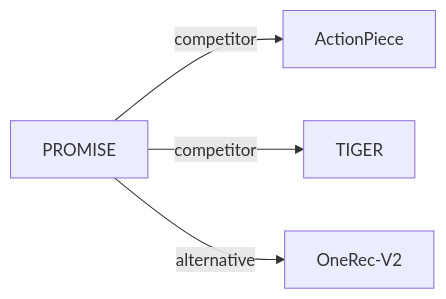
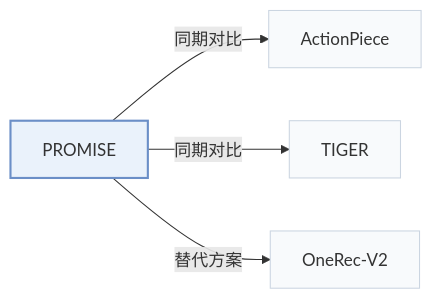
The second of 2 diagrams in pages/zh/papers/promise.md (Galaxy-ghost/Awesome-SID-Generative-Rec), drawn with Mermaid before and after one commit. The commit also changed other lines of this file and 649 other files, not shown here.

Commit message:
writer-05: also tags and modality index (schema, check, build, visuals); summary field removed; calibration data for 12 papers

````diff
--- a/pages/zh/papers/promise.md
+++ b/pages/zh/papers/promise.md
@@ -67,7 +74,11 @@
 ```mermaid
 flowchart LR
     P["PROMISE"]
-    P -->|competitor| A["ActionPiece"]
-    P -->|competitor| B["TIGER"]
-    P -->|alternative| C["OneRec-V2"]
+    P -->|"同期对比"| A["ActionPiece"]
+    P -->|"同期对比"| B["TIGER"]
+    P -->|"替代方案"| C["OneRec-V2"]
+    classDef main fill:#eaf2fb,stroke:#6b8fc7,stroke-width:2px
+    classDef peer fill:#f8fafc,stroke:#cbd5e1
+    class P main
+    class A,B,C peer
 ```
````
